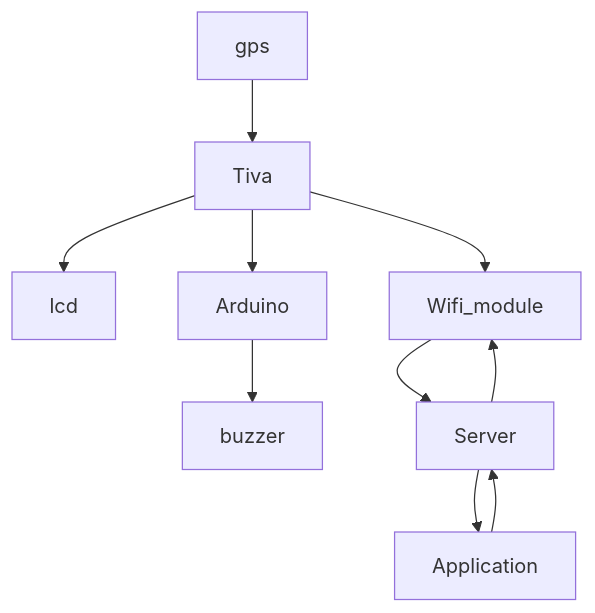
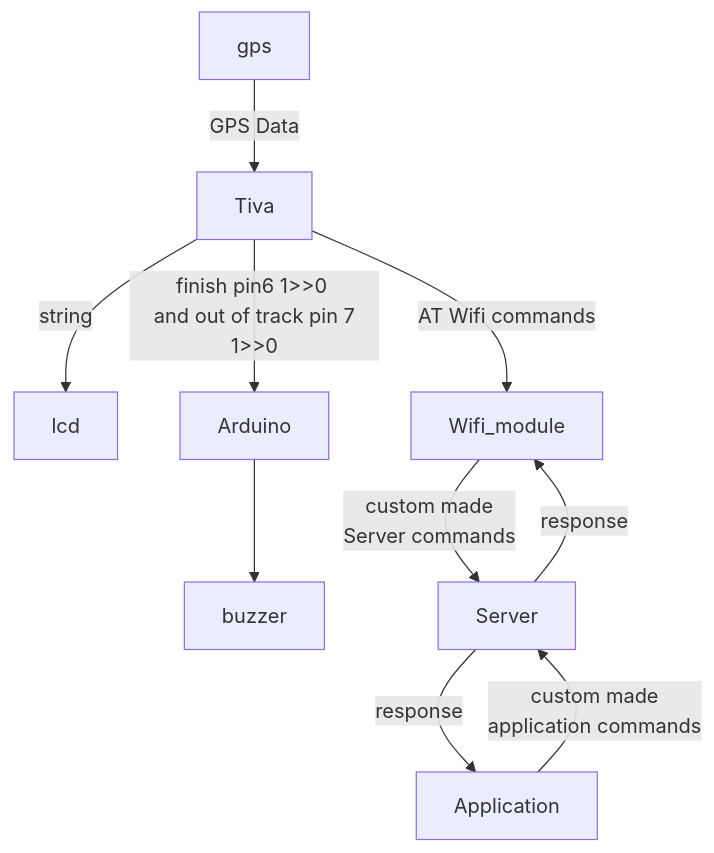
One commit to abdlrhman08/GPS-Tracker-Tiva changed the diagram in README.md. Above: the diagram before and after it, drawn with Mermaid.

````diff
--- a/README.md
+++ b/README.md
@@ -33,13 +33,13 @@
 ```mermaid
 graph TD;
-    gps-->Tiva;
-    Tiva-->lcd;
-    Tiva-->Arduino;
+    gps-->|GPS Data|Tiva;
+    Tiva-->|string|lcd;
+    Tiva-->|finish pin6 1>>0 <br> and out of track pin 7 1>>0 |Arduino;
     Arduino-->buzzer;
-    Tiva-->Wifi_module;
-    Wifi_module-->Server;
-    Server-->Wifi_module;
-    Application-->Server;
-    Server-->Application;
+    Tiva-->|AT Wifi commands|Wifi_module;
+    Wifi_module-->|custom made <br> Server commands|Server;
+    Server-->|response|Wifi_module;
+    Application-->|custom made <br> application commands|Server;
+    Server-->|response|Application;
     
 ```
````
